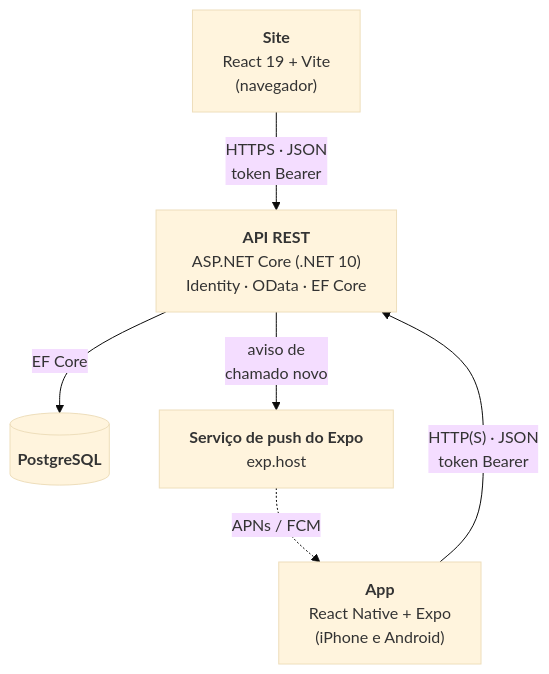
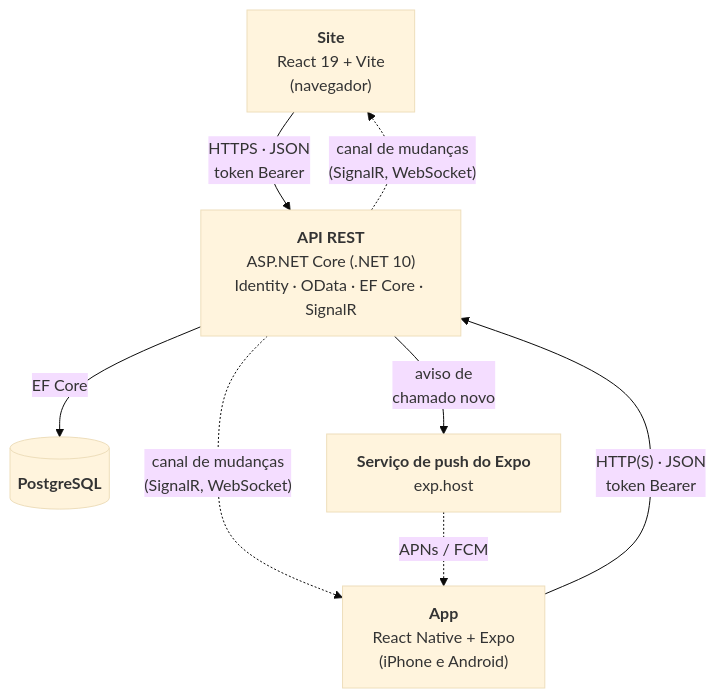
The second of 4 diagrams in docs/arquitetura.md (LeandroPoletti/CheckTruck), drawn with Mermaid (base theme) before and after one commit. The commit also changed other lines of this file and 51 other files, not shown here.

Commit message:
Site e app atualizam sozinhos (SignalR)

````diff
--- a/docs/arquitetura.md
+++ b/docs/arquitetura.md
@@ -41,15 +41,17 @@
 ```mermaid
 flowchart TB
     site["<b>Site</b><br/>React 19 + Vite<br/>(navegador)"]
     app["<b>App</b><br/>React Native + Expo<br/>(iPhone e Android)"]
 
-    api["<b>API REST</b><br/>ASP.NET Core (.NET 10)<br/>Identity · OData · EF Core"]
+    api["<b>API REST</b><br/>ASP.NET Core (.NET 10)<br/>Identity · OData · EF Core · SignalR"]
     db[("<b>PostgreSQL</b>")]
     push["<b>Serviço de push do Expo</b><br/>exp.host"]
 
     site -- "HTTPS · JSON<br/>token Bearer" --> api
     app -- "HTTP(S) · JSON<br/>token Bearer" --> api
+    api -. "canal de mudanças<br/>(SignalR, WebSocket)" .-> site
+    api -. "canal de mudanças<br/>(SignalR, WebSocket)" .-> app
     api -- "EF Core" --> db
     api -- "aviso de<br/>chamado novo" --> push
     push -. "APNs / FCM" .-> app
 ```
````
